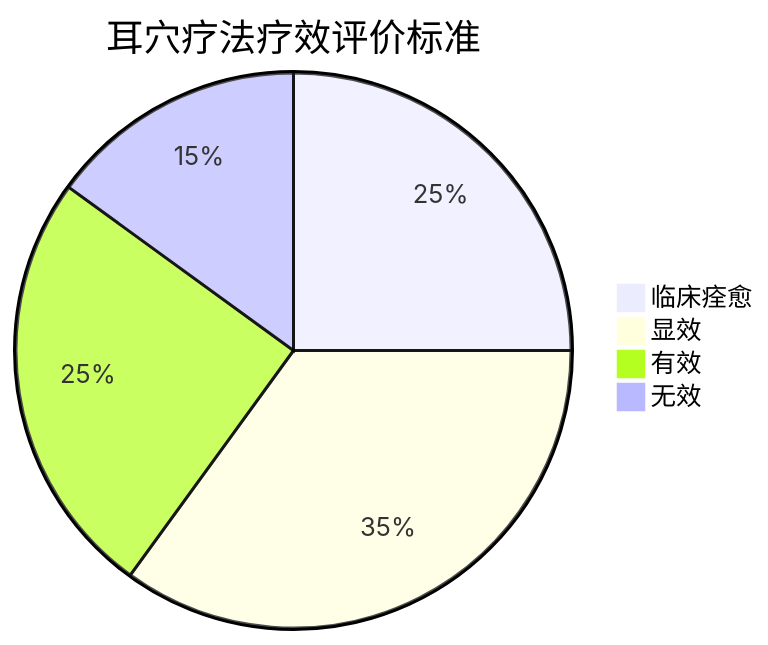
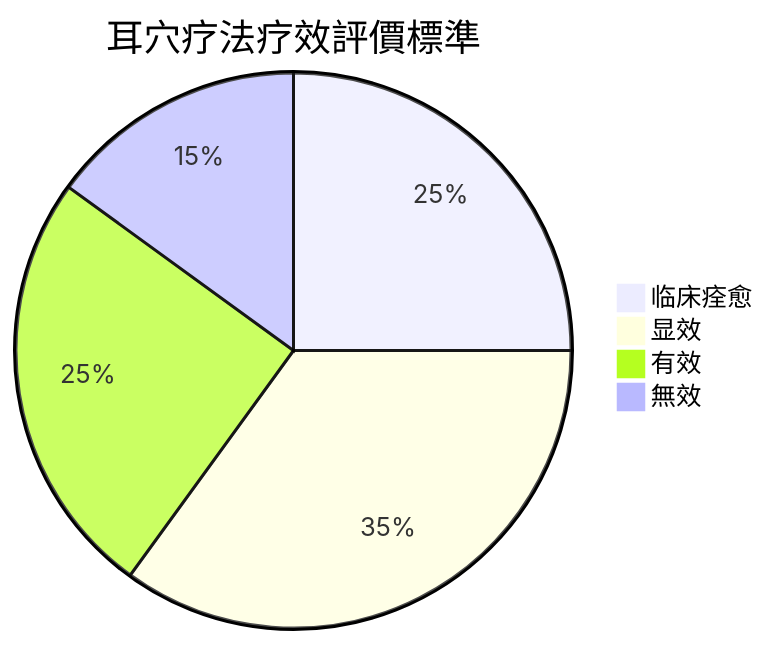
Before and after one commit to kmjade/knowledge-value: the third of 5 diagrams in 3 Resources/01-Tech/🏥 专业知识/耳穴知识库/00-MOCs/MOC-临床应用.md, drawn with Mermaid. The commit also changed other lines of this file and 653 other files, not shown here.

````diff
--- a/3 Resources/01-Tech/🏥 专业知识/耳穴知识库/00-MOCs/MOC-临床应用.md
+++ b/3 Resources/01-Tech/🏥 专业知识/耳穴知识库/00-MOCs/MOC-临床应用.md
@@ -130,7 +130,7 @@
 ```mermaid
-pie title 耳穴疗法疗效评价标准
+pie title 耳穴疗法疗效評價標準
     "临床痊愈" : 25
     "显效" : 35
     "有效" : 25
-    "无效" : 15
+    "無效" : 15
 ```
````
